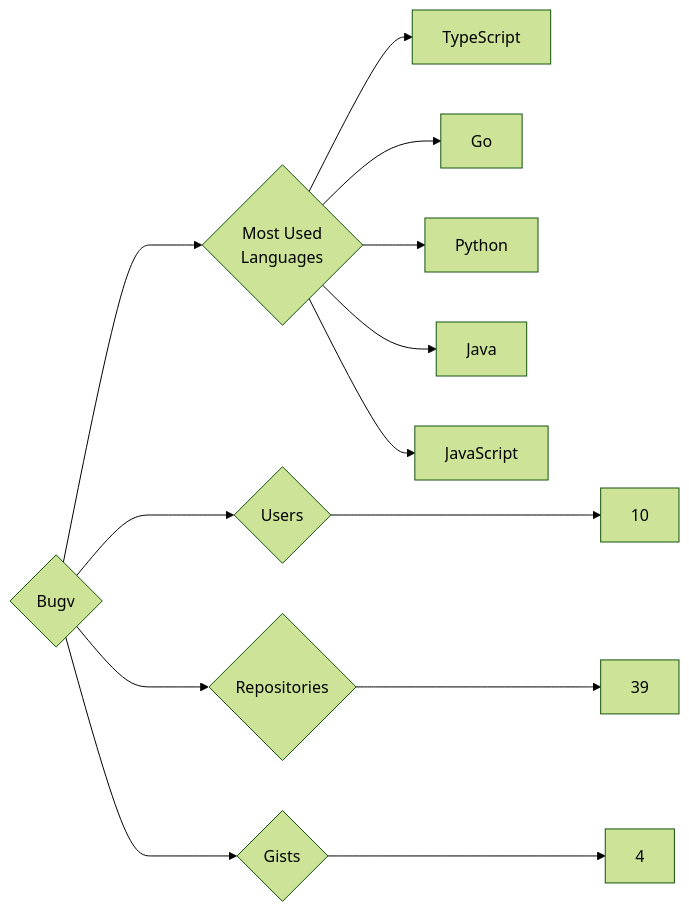
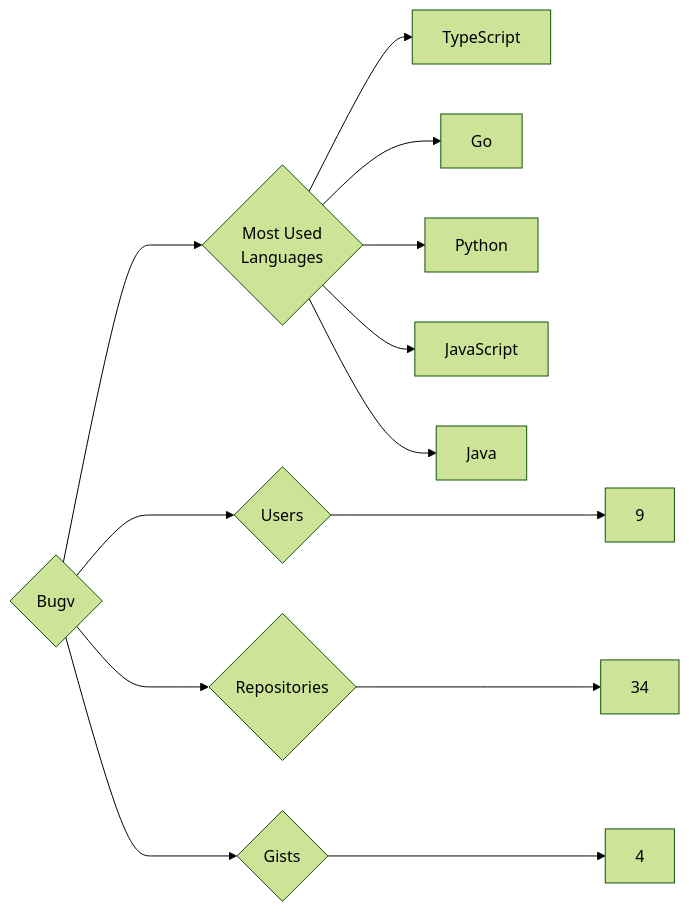
The diagram in targets/Bugv/README.md (trickest/insiders), drawn with Mermaid (forest theme) before and after one commit. The commit also changed 1088 other files, not shown here.

````diff
--- a/targets/Bugv/README.md
+++ b/targets/Bugv/README.md
@@ -3,13 +3,13 @@
 ```mermaid
 graph LR
 COMPANY_NAME{Bugv}
-COMPANY_NAME ---> U{Users} ---> UN[10]
-COMPANY_NAME ---> R{Repositories} ---> RN[39]
+COMPANY_NAME ---> U{Users} ---> UN[9]
+COMPANY_NAME ---> R{Repositories} ---> RN[34]
 COMPANY_NAME ---> G{Gists} ---> GN[4]
 COMPANY_NAME ---> ML{Most Used<br>Languages}
 ML --> TypeScript[TypeScript]
 ML --> Go[Go]
 ML --> Python[Python]
+ML --> JavaScript[JavaScript]
 ML --> Java[Java]
-ML --> JavaScript[JavaScript]
 ```
````
